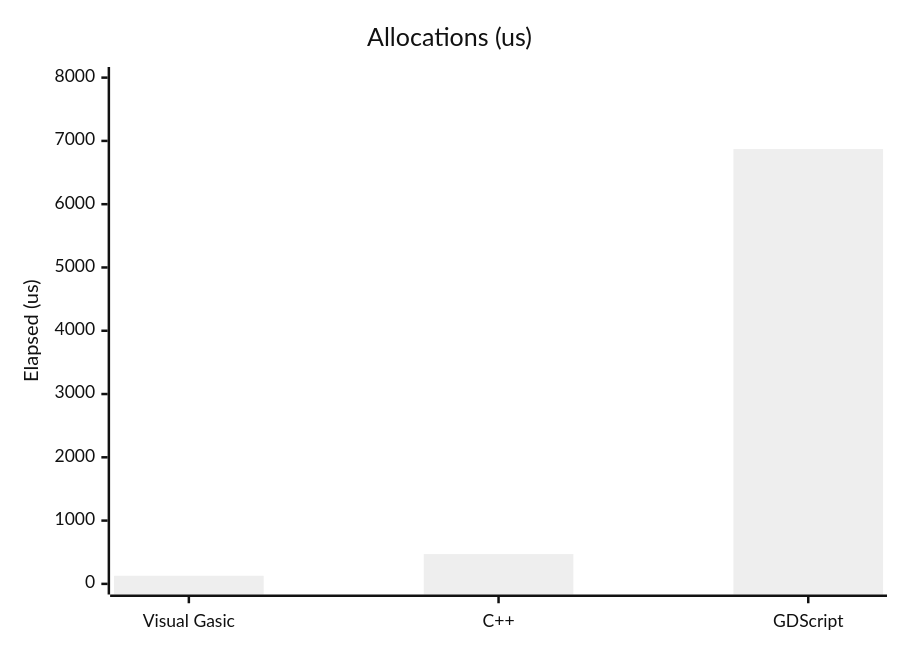
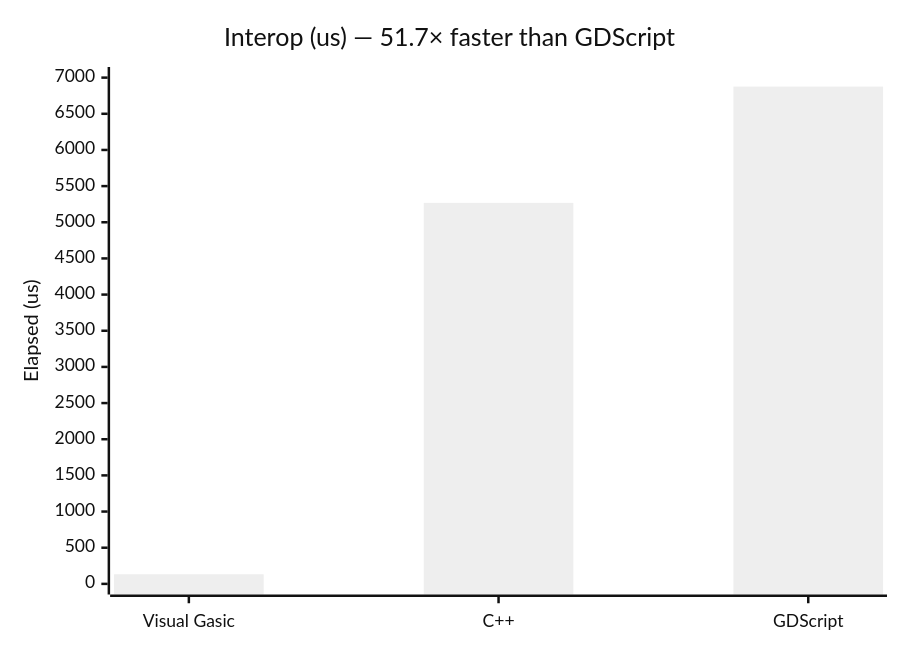
One commit to xgreenrx-star/VisualGasic changed the fifth of 11 diagrams in docs/manual/performance.md. Above: the diagram before and after it, drawn with Mermaid (neutral theme). The commit also changed other lines of this file and 50 other files, not shown here.

````diff
--- a/docs/manual/performance.md
+++ b/docs/manual/performance.md
@@ -123,7 +173,7 @@
 ```mermaid
 xychart-beta
-    title "Allocations (us)"
+    title "Interop (us) — 51.7× faster than GDScript"
     x-axis ["Visual Gasic","C++","GDScript"]
-    y-axis "Elapsed (us)" 0 --> 8000
-    bar [128,471,6871]
+    y-axis "Elapsed (us)" 0 --> 7000
+    bar [133,5268,6876]
 ```
````
